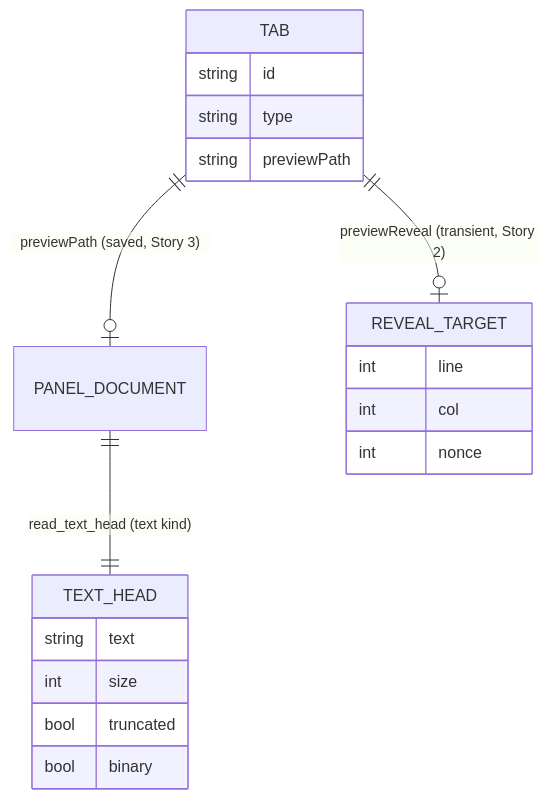
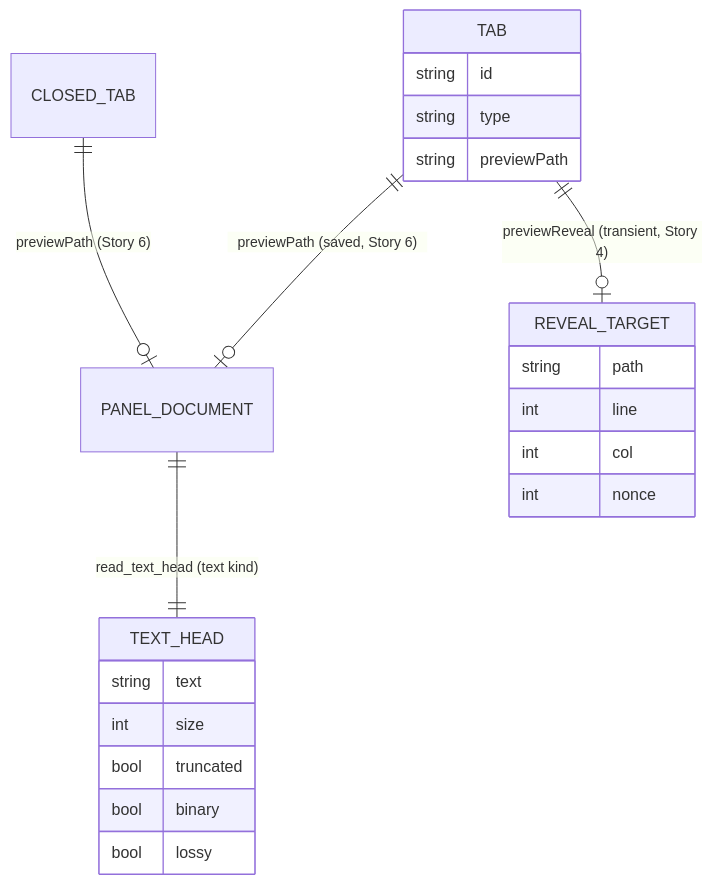
Before and after one commit to alvin-reyes/better-agentic-ide: the second of 3 diagrams in _bmad-output/plan-code-viewer-panel.md, drawn with Mermaid. The commit also changed other lines of this file and 2 other files, not shown here.

````diff
--- a/_bmad-output/plan-code-viewer-panel.md
+++ b/_bmad-output/plan-code-viewer-panel.md
@@ -139,22 +152,25 @@
 ```mermaid
 erDiagram
-  TAB ||--o| PANEL_DOCUMENT : "previewPath (saved, Story 3)"
-  TAB ||--o| REVEAL_TARGET : "previewReveal (transient, Story 2)"
+  TAB ||--o| PANEL_DOCUMENT : "previewPath (saved, Story 6)"
+  TAB ||--o| REVEAL_TARGET : "previewReveal (transient, Story 4)"
   PANEL_DOCUMENT ||--|| TEXT_HEAD : "read_text_head (text kind)"
+  CLOSED_TAB ||--o| PANEL_DOCUMENT : "previewPath (Story 6)"
   TAB {
     string id
     string type
     string previewPath
   }
   REVEAL_TARGET {
+    string path
     int line
     int col
     int nonce
   }
   TEXT_HEAD {
     string text
     int size
     bool truncated
     bool binary
+    bool lossy
   }
 ```
````
